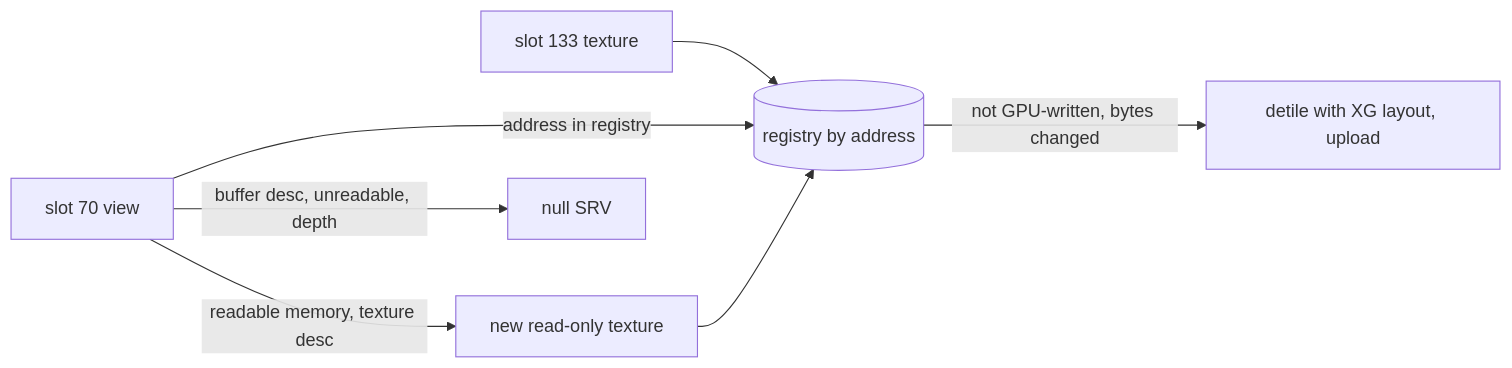
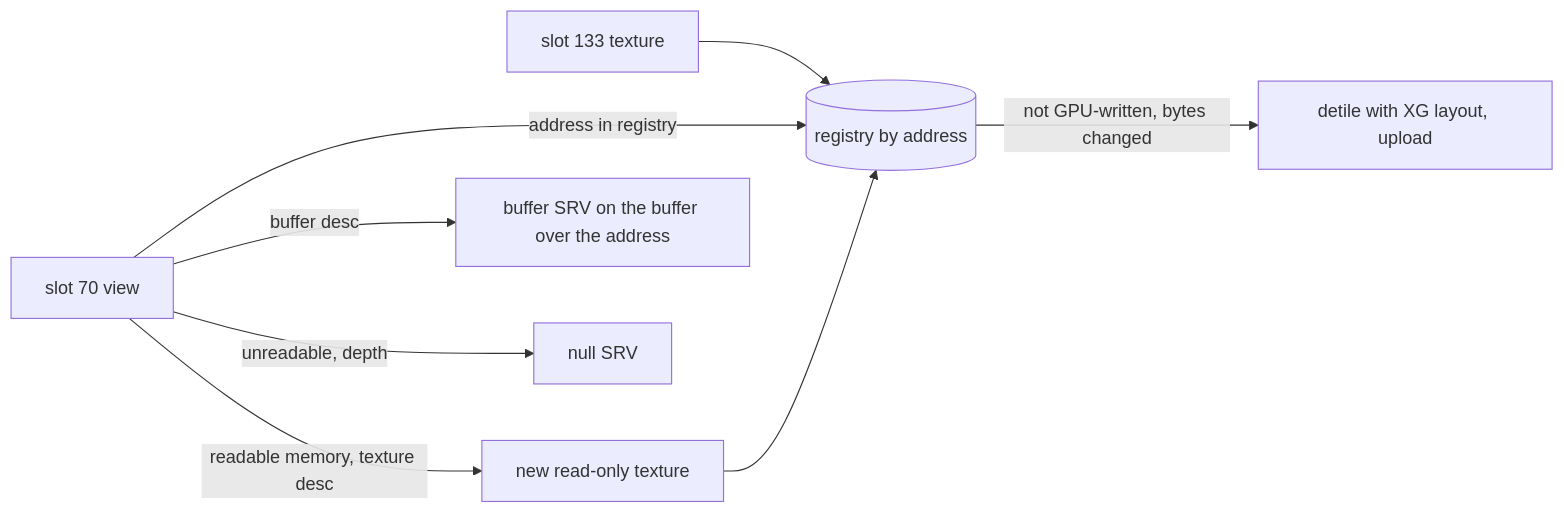
One commit to Elijah-J/five-star-recomp changed the diagram in docs/gpu-resources.md. Above: the diagram before and after it, drawn with Mermaid. The commit also changed other lines of this file and 33 other files, not shown here.

````diff
--- a/docs/gpu-resources.md
+++ b/docs/gpu-resources.md
@@ -28,8 +28,9 @@
 ```mermaid
 flowchart LR
     S133[slot 133 texture] --> R[(registry by address)]
     S70[slot 70 view] -->|address in registry| R
     S70 -->|readable memory, texture desc| N[new read-only texture] --> R
     R -->|not GPU-written, bytes changed| U[detile with XG layout, upload]
-    S70 -->|buffer desc, unreadable, depth| Z[null SRV]
+    S70 -->|buffer desc| B[buffer SRV on the buffer over the address]
+    S70 -->|unreadable, depth| Z[null SRV]
 ```
````
